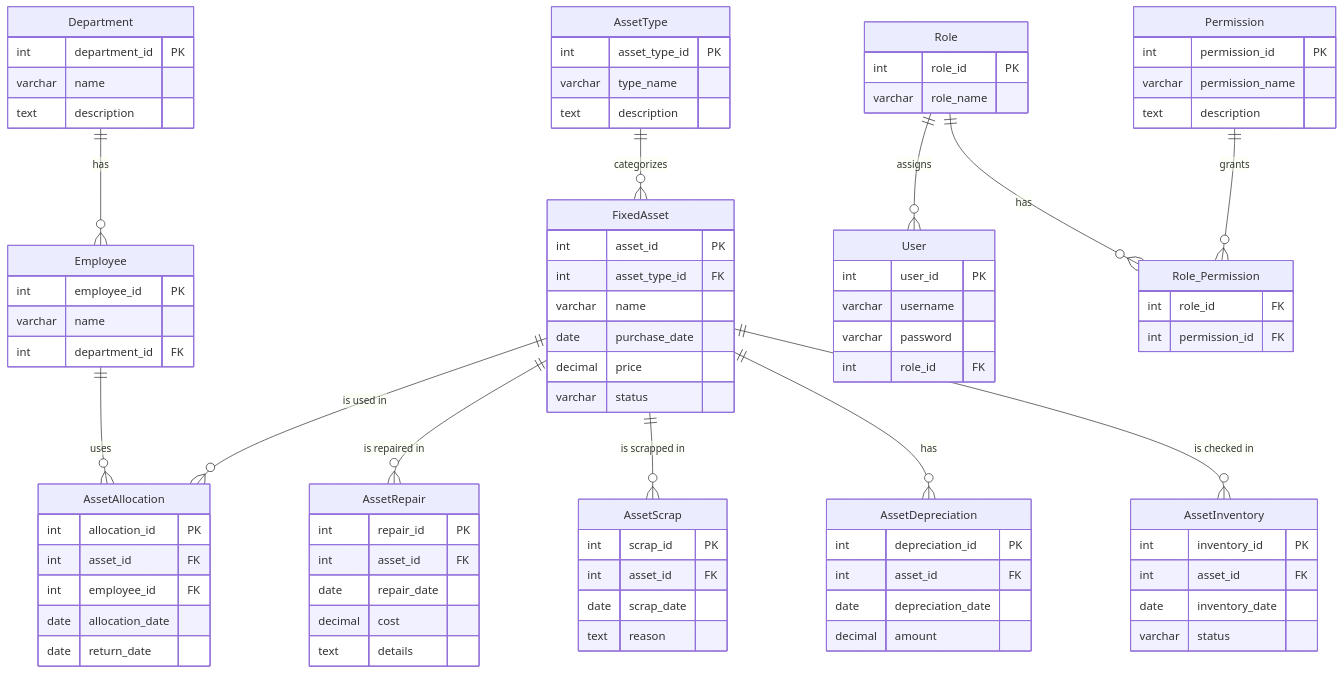
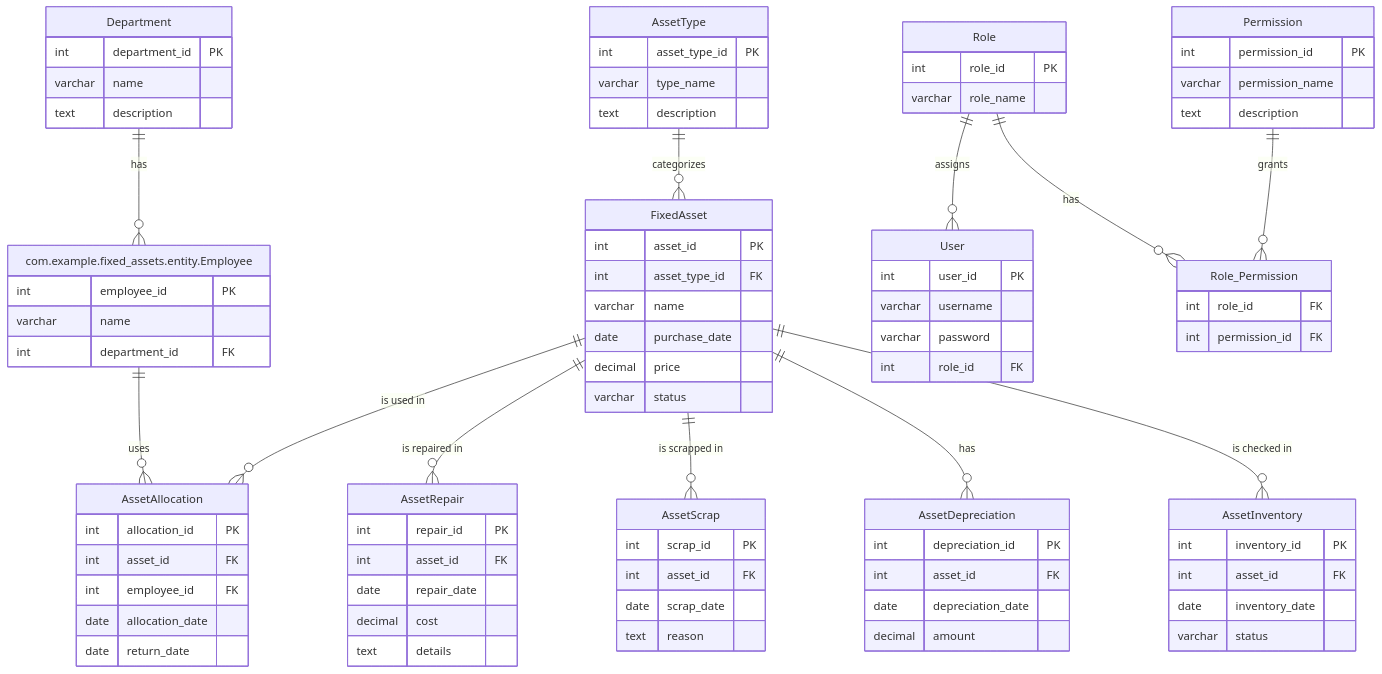
Before and after one commit to pikachu812/fixed_assets: the diagram in ER图.md, drawn with Mermaid. The commit also changed 29 other files, not shown here.

````diff
--- a/ER图.md
+++ b/ER图.md
@@ -3,7 +3,7 @@
 ```mermaid
 erDiagram
-   Department ||--o{ Employee : "has"
-   Employee ||--o{ AssetAllocation : "uses"
+   Department ||--o{ com.example.fixed_assets.entity.Employee : "has"
+   com.example.fixed_assets.entity.Employee ||--o{ AssetAllocation : "uses"
    FixedAsset ||--o{ AssetAllocation : "is used in"
    FixedAsset ||--o{ AssetRepair : "is repaired in"
    FixedAsset ||--o{ AssetScrap : "is scrapped in"
@@ -20,7 +20,7 @@
       text description
    }
 
-   Employee {
+   com.example.fixed_assets.entity.Employee {
       int employee_id PK
       varchar name
       int department_id FK
````
